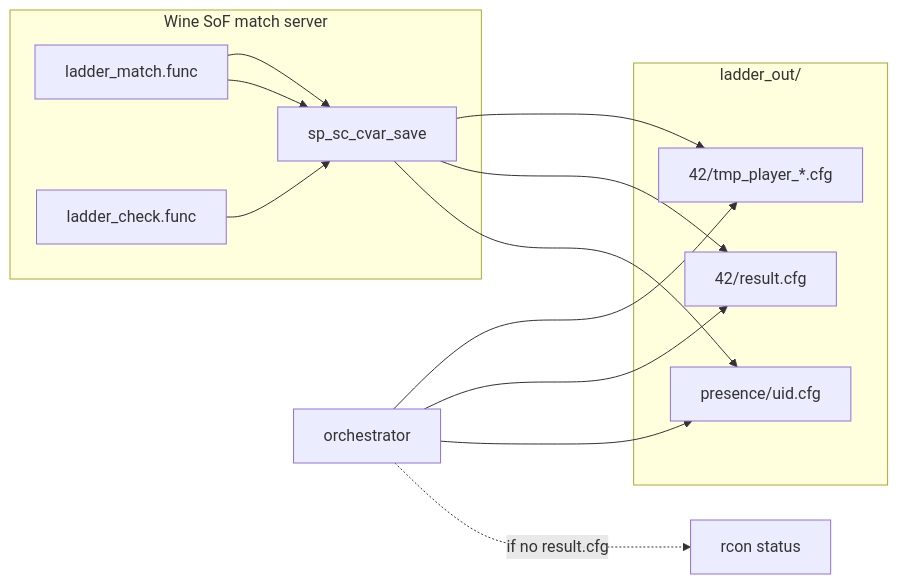
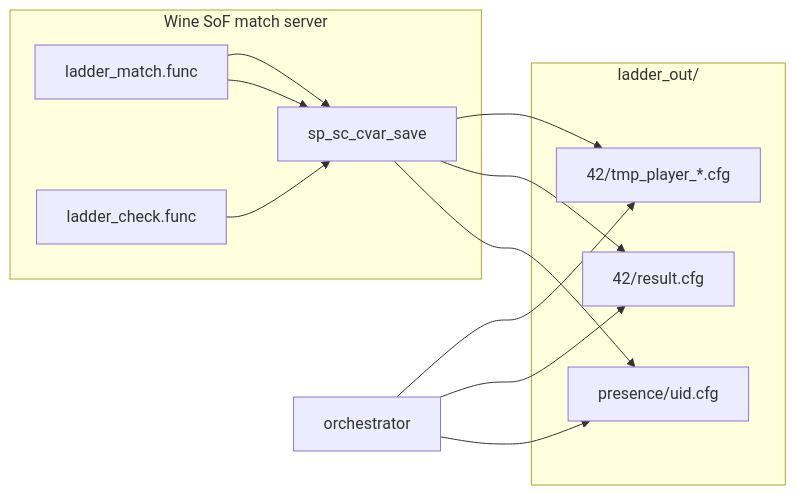
One commit to d3nd3/sof-ladder changed diagram 13 of 13 in README.md. Above: the diagram before and after it, drawn with Mermaid. The commit also changed other lines of this file and 9 other files, not shown here.

````diff
--- a/README.md
+++ b/README.md
@@ -784,21 +826,20 @@
 ```mermaid
 flowchart LR
   subgraph server [Wine SoF match server]
     Match[ladder_match.func]
     Check[ladder_check.func]
     Save[sp_sc_cvar_save]
   end
   subgraph disk [ladder_out/]
     Tmp["42/tmp_player_*.cfg"]
     Res[42/result.cfg]
     Pres[presence/uid.cfg]
   end
   Orch[orchestrator]
   Match --> Save --> Tmp
   Match --> Save --> Res
   Check --> Save --> Pres
   Orch --> Tmp
   Orch --> Res
   Orch --> Pres
-  Orch -.->|if no result.cfg| Rcon[rcon status]
 ```
````
